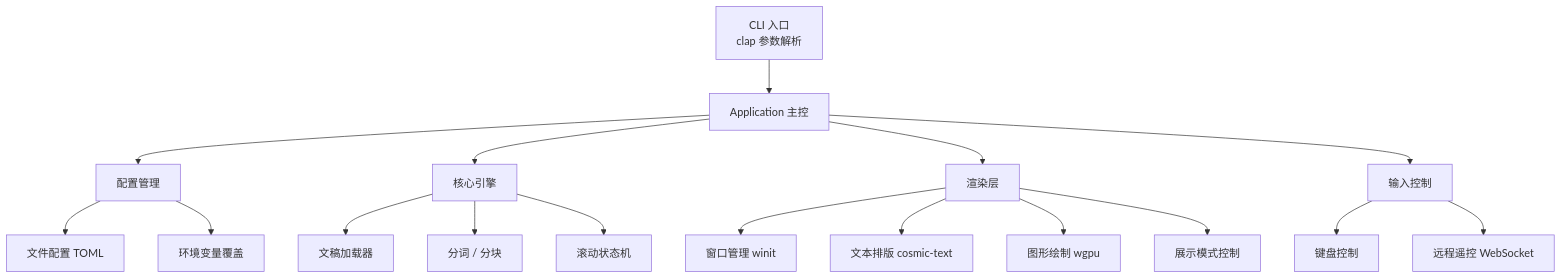
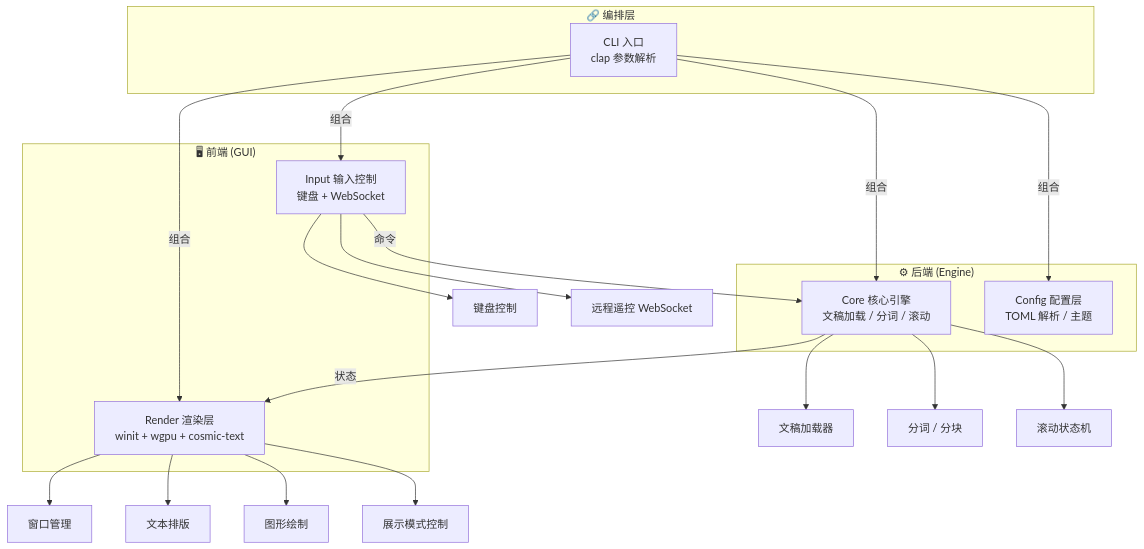
One commit to BassttElSevic/VibeRustAutocue changed the first of 4 diagrams in ARCHITECTURE.md. Above: the diagram before and after it, drawn with Mermaid. The commit also changed other lines of this file, not shown here.

First line of the commit message:
docs: 架构文档新增 GUI 前后端分离原则 (v0.4)

````diff
--- a/ARCHITECTURE.md
+++ b/ARCHITECTURE.md
@@ -9,23 +9,36 @@
 ```mermaid
 graph TD
-    CLI[CLI 入口<br/>clap 参数解析] --> App[Application 主控]
-    App --> Config[配置管理]
-    App --> Engine[核心引擎]
-    App --> Render[渲染层]
-    App --> Input[输入控制]
+    subgraph Frontend["🖥 前端 (GUI)"]
+        Render[Render 渲染层<br/>winit + wgpu + cosmic-text]
+        Input[Input 输入控制<br/>键盘 + WebSocket]
+    end
 
-    Config --> FileConfig[文件配置 TOML]
-    Config --> EnvConfig[环境变量覆盖]
+    subgraph Backend["⚙ 后端 (Engine)"]
+        Engine[Core 核心引擎<br/>文稿加载 / 分词 / 滚动]
+        Config[Config 配置层<br/>TOML 解析 / 主题]
+    end
+
+    subgraph Orchestrator["🔗 编排层"]
+        CLI[CLI 入口<br/>clap 参数解析]
+    end
+
+    CLI -->|组合| Engine
+    CLI -->|组合| Config
+    CLI -->|组合| Render
+    CLI -->|组合| Input
 
     Engine --> Loader[文稿加载器]
     Engine --> Tokenizer[分词 / 分块]
     Engine --> Scroll[滚动状态机]
 
-    Render --> Window[窗口管理 winit]
-    Render --> TextLayout[文本排版 cosmic-text]
-    Render --> Gfx[图形绘制 wgpu]
+    Render --> Window[窗口管理]
+    Render --> TextLayout[文本排版]
+    Render --> Gfx[图形绘制]
     Render --> ModeCtrl[展示模式控制]
 
     Input --> Kbd[键盘控制]
     Input --> Remote[远程遥控 WebSocket]
+
+    Input -->|命令| Engine
+    Engine -->|状态| Render
 ```
````
